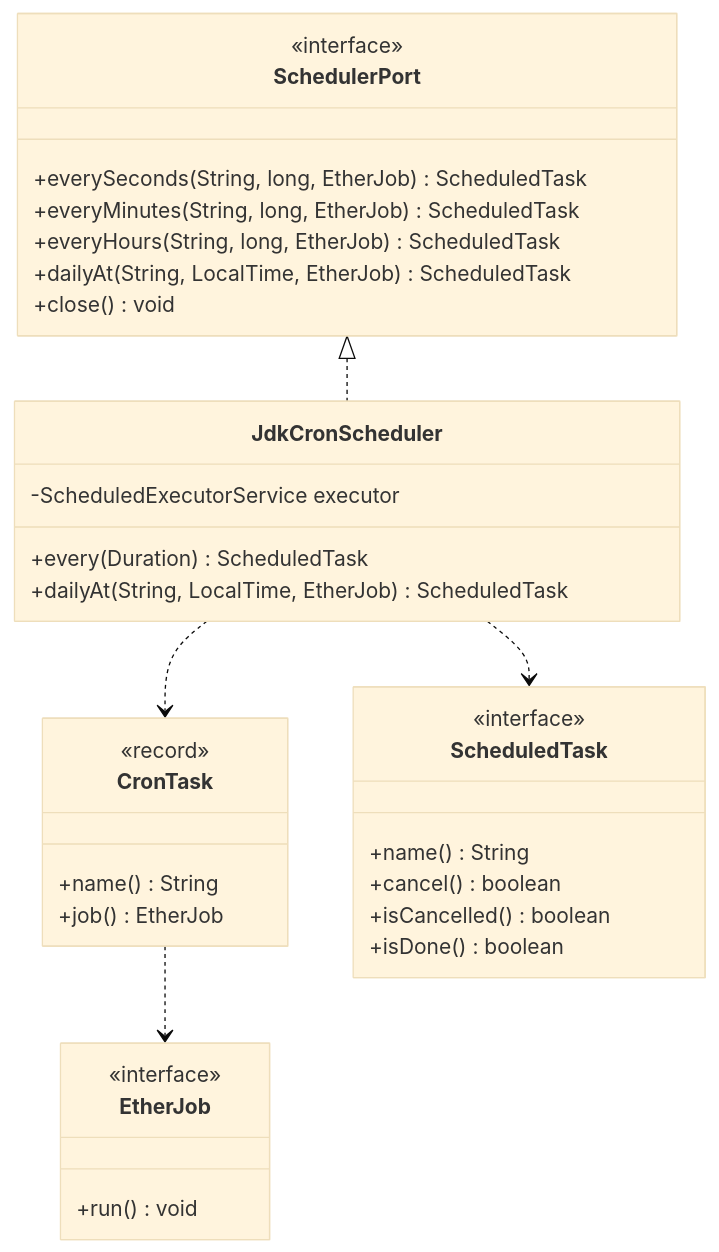
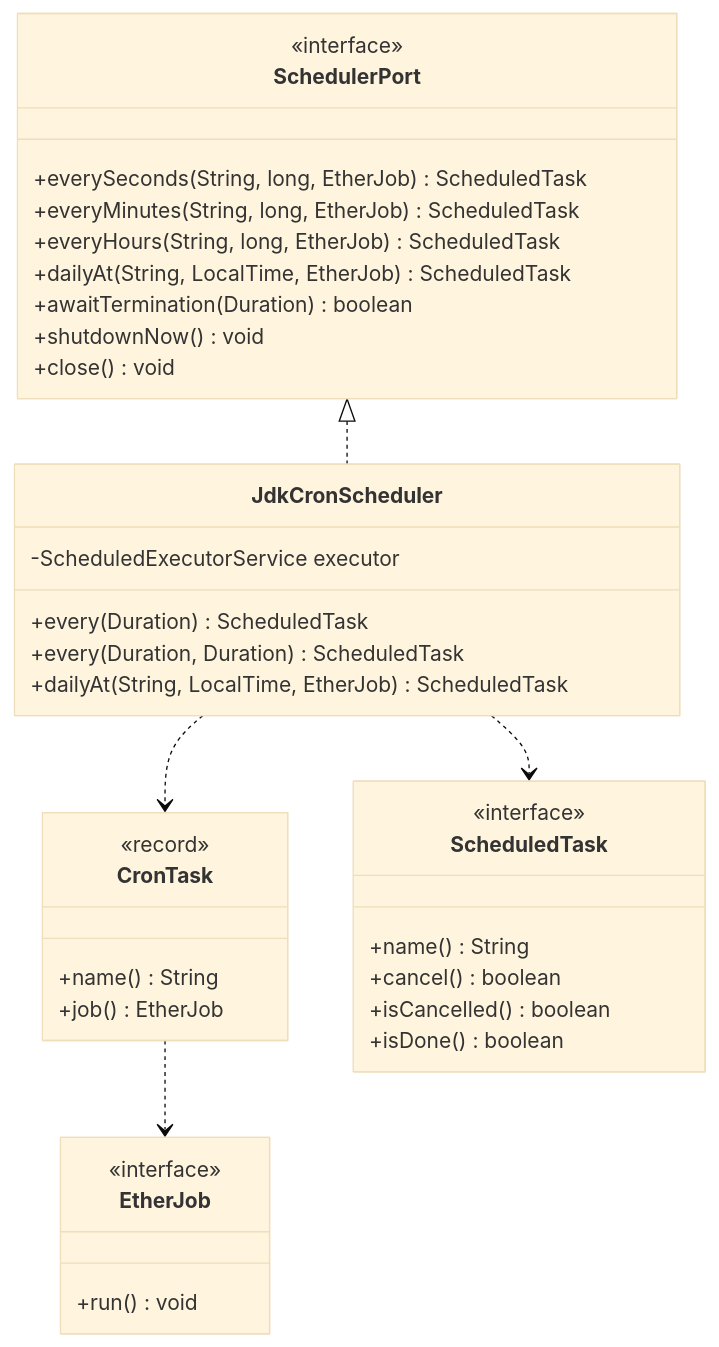
The diagram in ether-cron/README.md (rafex/ether-deployment-hub), drawn with Mermaid (base theme) before and after one commit. The commit also changed other lines of this file and 6 other files, not shown here.

````diff
--- a/ether-cron/README.md
+++ b/ether-cron/README.md
@@ -29,43 +29,46 @@
 ```mermaid
 classDiagram
     direction TB
 
     class SchedulerPort {
         <<interface>>
         +everySeconds(String, long, EtherJob) ScheduledTask
         +everyMinutes(String, long, EtherJob) ScheduledTask
         +everyHours(String, long, EtherJob) ScheduledTask
         +dailyAt(String, LocalTime, EtherJob) ScheduledTask
+        +awaitTermination(Duration) boolean
+        +shutdownNow() void
         +close() void
     }
 
     class EtherJob {
         <<interface>>
         +run() void
     }
 
     class CronTask {
         <<record>>
         +name() String
         +job() EtherJob
     }
 
     class ScheduledTask {
         <<interface>>
         +name() String
         +cancel() boolean
         +isCancelled() boolean
         +isDone() boolean
     }
 
     class JdkCronScheduler {
         -ScheduledExecutorService executor
         +every(Duration) ScheduledTask
+        +every(Duration, Duration) ScheduledTask
         +dailyAt(String, LocalTime, EtherJob) ScheduledTask
     }
 
     SchedulerPort <|.. JdkCronScheduler
     JdkCronScheduler ..> CronTask
     JdkCronScheduler ..> ScheduledTask
     CronTask ..> EtherJob
 ```
````
